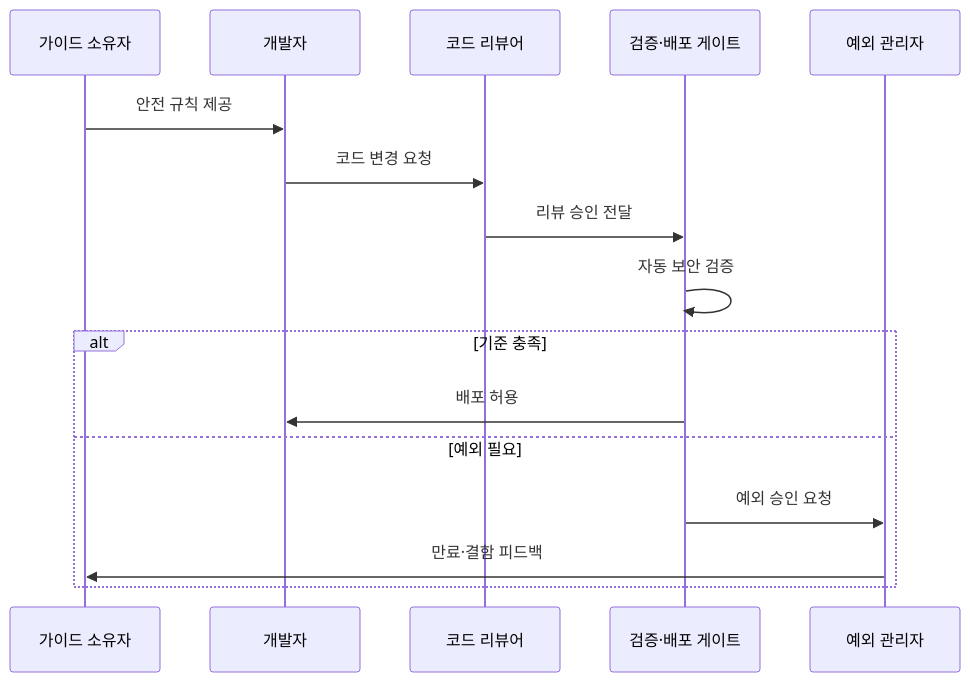
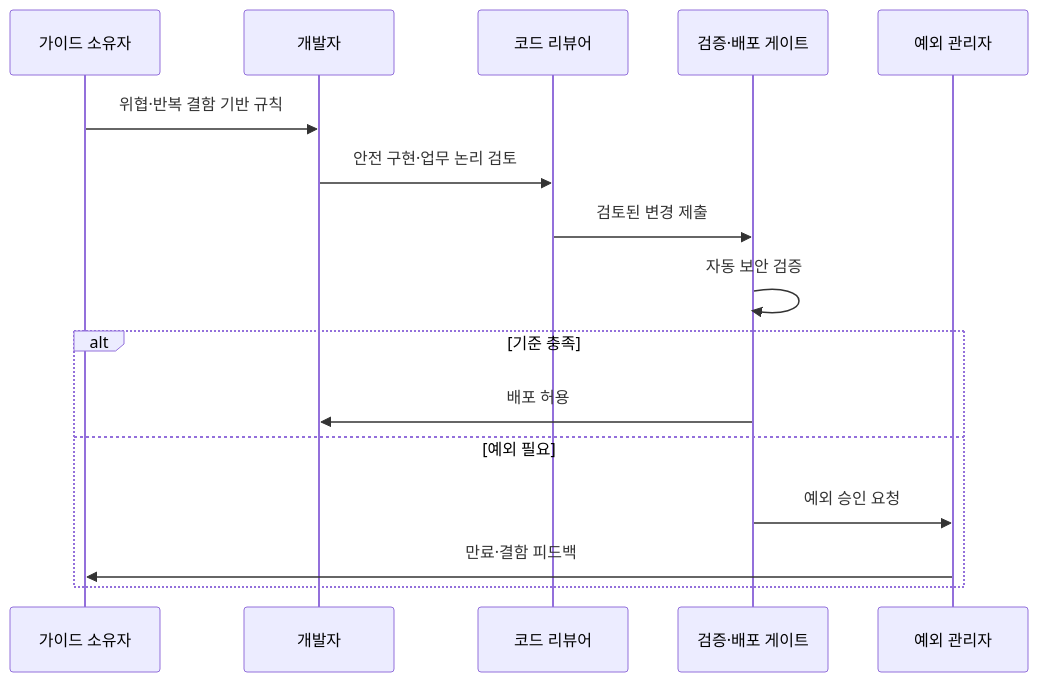
Before and after one commit to agnusdei1207/knowledge-base: the second of 2 diagrams in src/content/docs/notes/05-security/051_secure_coding.md, drawn with Mermaid. The commit also changed other lines of this file and 4 other files, not shown here.

````diff
--- a/src/content/docs/notes/05-security/051_secure_coding.md
+++ b/src/content/docs/notes/05-security/051_secure_coding.md
@@ -87,18 +87,18 @@
 ```mermaid
 sequenceDiagram
     participant O as 가이드 소유자
     participant D as 개발자
     participant R as 코드 리뷰어
     participant G as 검증·배포 게이트
     participant E as 예외 관리자
-    O->>D: 안전 규칙 제공
-    D->>R: 코드 변경 요청
-    R->>G: 리뷰 승인 전달
+    O->>D: 위협·반복 결함 기반 규칙
+    D->>R: 안전 구현·업무 논리 검토
+    R->>G: 검토된 변경 제출
     G->>G: 자동 보안 검증
     alt 기준 충족
         G->>D: 배포 허용
     else 예외 필요
         G->>E: 예외 승인 요청
         E->>O: 만료·결함 피드백
     end
 ```
````
